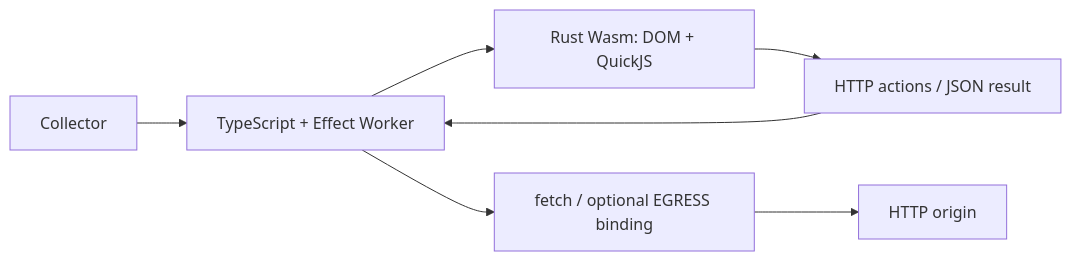
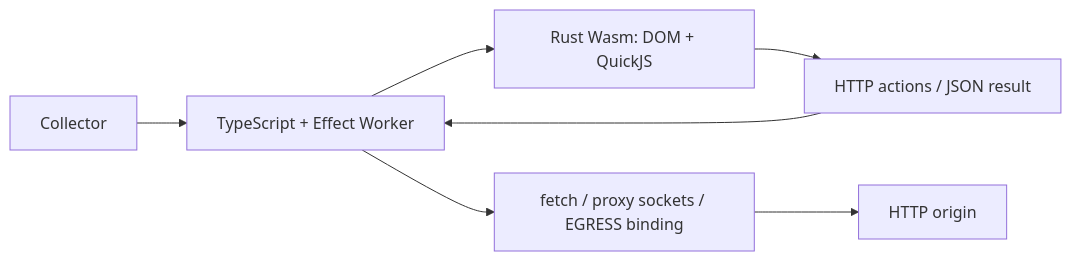
Before and after one commit to minutei-ai/nimbo: the diagram in README.md, drawn with Mermaid. The commit also changed other lines of this file and 17 other files, not shown here.

Commit message:
Implement direct Worker HTTP and SOCKS proxy transport with real socket validation

````diff
--- a/README.md
+++ b/README.md
@@ -32,9 +32,9 @@
 ```mermaid
 flowchart LR
     Client[Collector] --> Worker[TypeScript + Effect Worker]
     Worker --> Engine[Rust Wasm: DOM + QuickJS]
     Engine --> Actions[HTTP actions / JSON result]
     Actions --> Worker
-    Worker --> Transport[fetch / optional EGRESS binding]
+    Worker --> Transport[fetch / proxy sockets / EGRESS binding]
     Transport --> Source[HTTP origin]
 ```
````
